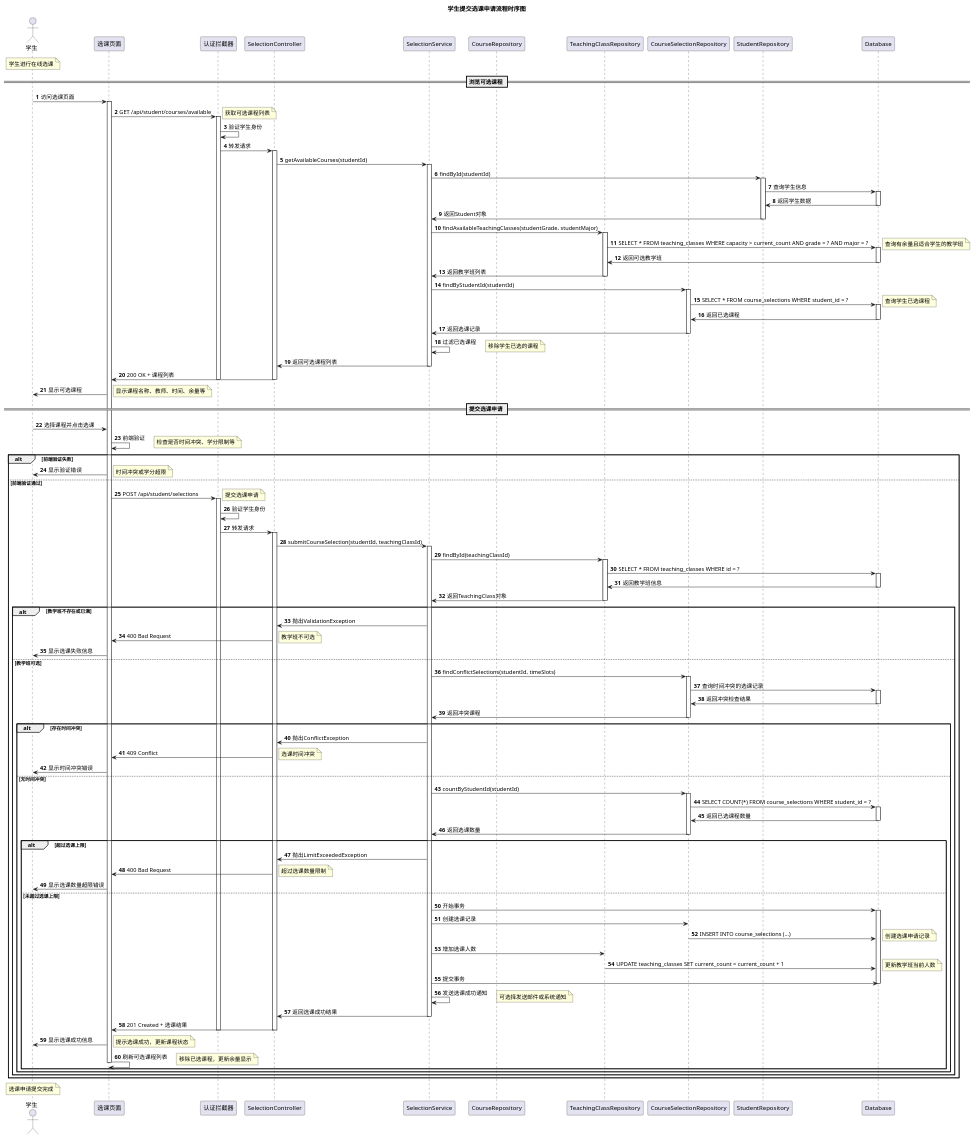
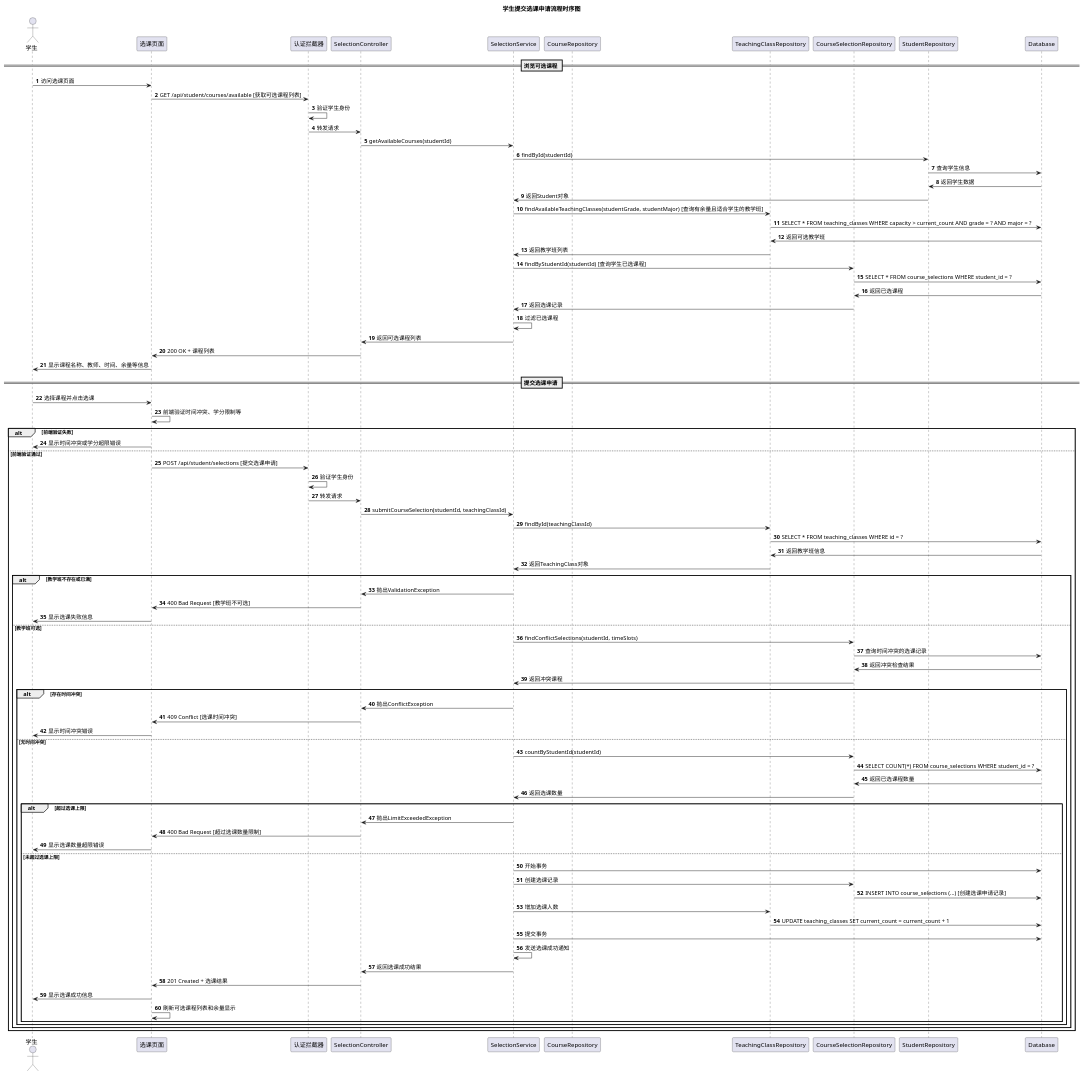
Before and after one commit to lingxiao001/CourseSchedule: the diagram in diagram/类图和时序图/详细功能时序图/学生中心/02_提交选课申请时序图.puml, drawn with PlantUML. The commit also changed 95 other files, not shown here.

Commit message:
draw many many diagram

```diff
--- a/diagram/类图和时序图/详细功能时序图/学生中心/02_提交选课申请时序图.puml
+++ b/diagram/类图和时序图/详细功能时序图/学生中心/02_提交选课申请时序图.puml
@@ -1,180 +1,97 @@
 @startuml 提交选课申请时序图
 title 学生提交选课申请流程时序图
 
 actor 学生 as S
 participant "选课页面" as CP
 participant "认证拦截器" as AI
 participant "SelectionController" as SC
 participant "SelectionService" as SS
 participant "CourseRepository" as CR
 participant "TeachingClassRepository" as TCR
 participant "CourseSelectionRepository" as CSR
 participant "StudentRepository" as SR
 participant "Database" as DB
 
 autonumber
 
-note over S: 学生进行在线选课
-
 == 浏览可选课程 ==
 S -> CP: 访问选课页面
-activate CP
-
-CP -> AI: GET /api/student/courses/available
-activate AI
-note right: 获取可选课程列表
-
+CP -> AI: GET /api/student/courses/available [获取可选课程列表]
 AI -> AI: 验证学生身份
-
 AI -> SC: 转发请求
-activate SC
-
 SC -> SS: getAvailableCourses(studentId)
-activate SS
-
 SS -> SR: findById(studentId)
-activate SR
 SR -> DB: 查询学生信息
-activate DB
 DB -> SR: 返回学生数据
-deactivate DB
 SR -> SS: 返回Student对象
-deactivate SR
-
-SS -> TCR: findAvailableTeachingClasses(studentGrade, studentMajor)
-activate TCR
+SS -> TCR: findAvailableTeachingClasses(studentGrade, studentMajor) [查询有余量且适合学生的教学班]
 TCR -> DB: SELECT * FROM teaching_classes WHERE capacity > current_count AND grade = ? AND major = ?
-activate DB
-note right: 查询有余量且适合学生的教学班
 DB -> TCR: 返回可选教学班
-deactivate DB
 TCR -> SS: 返回教学班列表
-deactivate TCR
-
-SS -> CSR: findByStudentId(studentId)
-activate CSR
+SS -> CSR: findByStudentId(studentId) [查询学生已选课程]
 CSR -> DB: SELECT * FROM course_selections WHERE student_id = ?
-activate DB
-note right: 查询学生已选课程
 DB -> CSR: 返回已选课程
-deactivate DB
 CSR -> SS: 返回选课记录
-deactivate CSR
-
 SS -> SS: 过滤已选课程
-note right: 移除学生已选的课程
-
 SS -> SC: 返回可选课程列表
-deactivate SS
-
 SC -> CP: 200 OK + 课程列表
-deactivate SC
-deactivate AI
-
-CP -> S: 显示可选课程
-note right: 显示课程名称、教师、时间、余量等
+CP -> S: 显示课程名称、教师、时间、余量等信息
 
 == 提交选课申请 ==
 S -> CP: 选择课程并点击选课
-CP -> CP: 前端验证
-note right: 检查是否时间冲突、学分限制等
+CP -> CP: 前端验证时间冲突、学分限制等
 
 alt 前端验证失败
-    CP -> S: 显示验证错误
-    note right: 时间冲突或学分超限
+    CP -> S: 显示时间冲突或学分超限错误
 else 前端验证通过
-    CP -> AI: POST /api/student/selections
-    activate AI
-    note right: 提交选课申请
-    
+    CP -> AI: POST /api/student/selections [提交选课申请]
     AI -> AI: 验证学生身份
-    
     AI -> SC: 转发请求
-    activate SC
-    
     SC -> SS: submitCourseSelection(studentId, teachingClassId)
-    activate SS
-    
     SS -> TCR: findById(teachingClassId)
-    activate TCR
     TCR -> DB: SELECT * FROM teaching_classes WHERE id = ?
-    activate DB
     DB -> TCR: 返回教学班信息
-    deactivate DB
     TCR -> SS: 返回TeachingClass对象
-    deactivate TCR
     
     alt 教学班不存在或已满
         SS -> SC: 抛出ValidationException
-        SC -> CP: 400 Bad Request
-        note right: 教学班不可选
+        SC -> CP: 400 Bad Request [教学班不可选]
         CP -> S: 显示选课失败信息
     else 教学班可选
         SS -> CSR: findConflictSelections(studentId, timeSlots)
-        activate CSR
         CSR -> DB: 查询时间冲突的选课记录
-        activate DB
         DB -> CSR: 返回冲突检查结果
-        deactivate DB
         CSR -> SS: 返回冲突课程
-        deactivate CSR
         
         alt 存在时间冲突
             SS -> SC: 抛出ConflictException
-            SC -> CP: 409 Conflict
-            note right: 选课时间冲突
+            SC -> CP: 409 Conflict [选课时间冲突]
             CP -> S: 显示时间冲突错误
         else 无时间冲突
             SS -> CSR: countByStudentId(studentId)
-            activate CSR
             CSR -> DB: SELECT COUNT(*) FROM course_selections WHERE student_id = ?
-            activate DB
             DB -> CSR: 返回已选课程数量
-            deactivate DB
             CSR -> SS: 返回选课数量
-            deactivate CSR
             
             alt 超过选课上限
                 SS -> SC: 抛出LimitExceededException
-                SC -> CP: 400 Bad Request
-                note right: 超过选课数量限制
+                SC -> CP: 400 Bad Request [超过选课数量限制]
                 CP -> S: 显示选课数量超限错误
             else 未超过选课上限
                 SS -> DB: 开始事务
-                activate DB
-                
                 SS -> CSR: 创建选课记录
-                CSR -> DB: INSERT INTO course_selections (...)
-                note right: 创建选课申请记录
-                
+                CSR -> DB: INSERT INTO course_selections (...) [创建选课申请记录]
                 SS -> TCR: 增加选课人数
                 TCR -> DB: UPDATE teaching_classes SET current_count = current_count + 1
-                note right: 更新教学班当前人数
-                
                 SS -> DB: 提交事务
-                deactivate DB
-                
                 SS -> SS: 发送选课成功通知
-                note right: 可选择发送邮件或系统通知
-                
                 SS -> SC: 返回选课成功结果
-                deactivate SS
-                
                 SC -> CP: 201 Created + 选课结果
-                deactivate SC
-                deactivate AI
-                
                 CP -> S: 显示选课成功信息
-                note right: 提示选课成功，更新课程状态
-                
-                CP -> CP: 刷新可选课程列表
-                deactivate CP
-                note right: 移除已选课程，更新余量显示
+                CP -> CP: 刷新可选课程列表和余量显示
             end
         end
     end
 end
 
-note over S: 选课申请提交完成
-
 @enduml 
```
